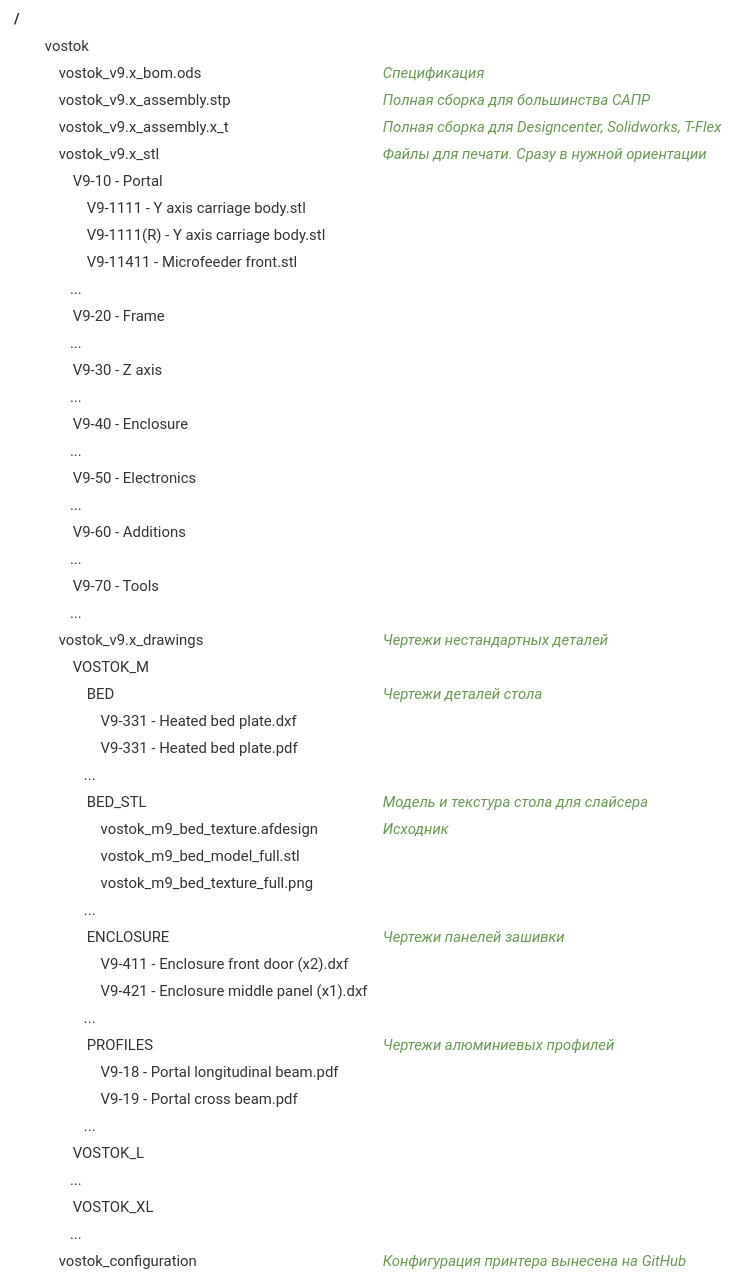
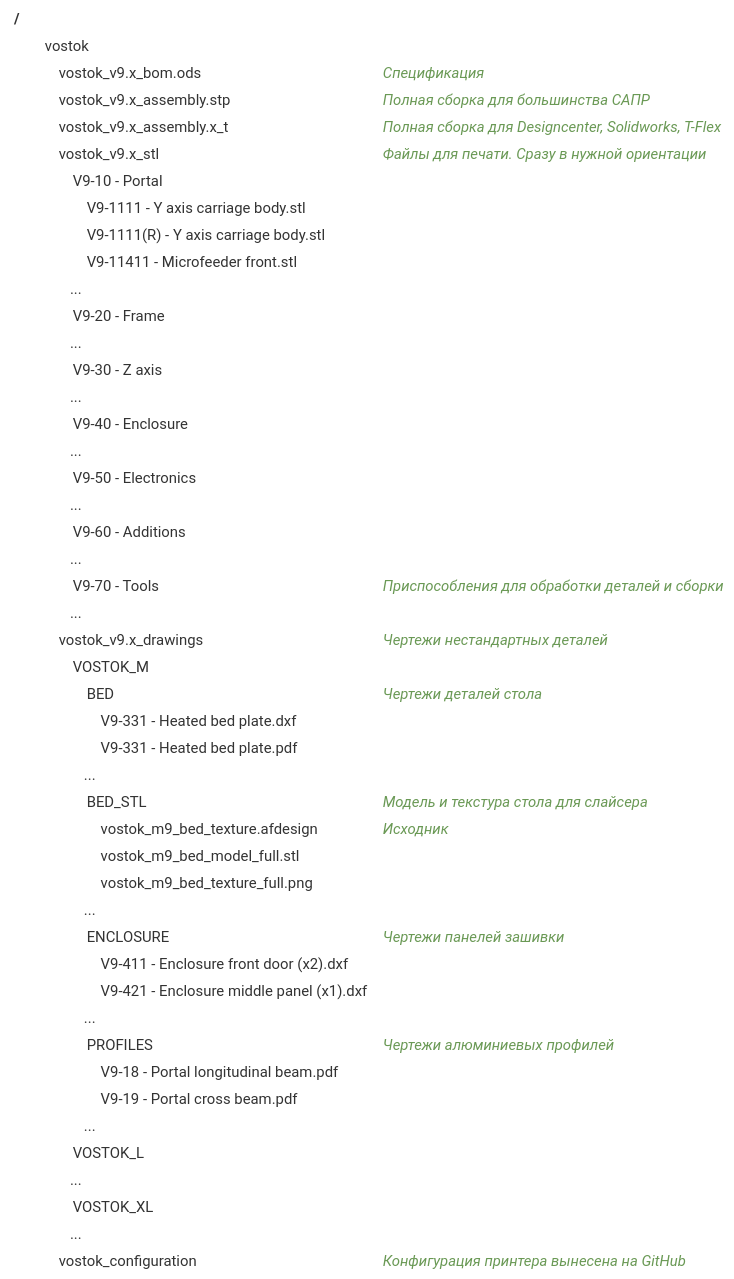
Before and after one commit to dmitry-sorkin/k3d-site: the first of 3 diagrams in docs/vostok/manual/prepare/start.md, drawn with Mermaid. The commit also changed 1 other file, not shown here.

Commit message:
vostok: add degree symbol in prepare/start, add printing_guide

````diff
--- a/docs/vostok/manual/prepare/start.md
+++ b/docs/vostok/manual/prepare/start.md
@@ -17,57 +17,57 @@
 ```mermaid
 ---
 config:
     treeView:
     themeVariables:
         treeView:
             labelColor: 'var(--md-mermaid-label-fg-color)'
             lineColor: 'var(--md-mermaid-label-fg-color)'
 ---
 treeView-beta
     "vostok" icon(mdi:folder)
         "vostok_v9.x_bom.ods" icon(mdi:table)  ## Спецификация
         "vostok_v9.x_assembly.stp" icon(mdi:cube) ## Полная сборка для большинства САПР
         "vostok_v9.x_assembly.x_t" icon(mdi:cube) ## Полная сборка для Designcenter, Solidworks, T-Flex
         "vostok_v9.x_stl" icon(mdi:folder) ## Файлы для печати. Сразу в нужной ориентации
             "V9-10 - Portal" icon(mdi:folder)
                   "V9-1111 - Y axis carriage body.stl" icon(mdi:file)
                   "V9-1111(R) - Y axis carriage body.stl" icon(mdi:file)
                   "V9-11411 - Microfeeder front.stl" icon(mdi:file)
                   "..."
             "V9-20 - Frame" icon(mdi:folder)
                   "..."
             "V9-30 - Z axis" icon(mdi:folder)
                   "..."
             "V9-40 - Enclosure" icon(mdi:folder)
                   "..."
             "V9-50 - Electronics" icon(mdi:folder)
                   "..."
             "V9-60 - Additions" icon(mdi:folder)
                   "..."
-            "V9-70 - Tools" icon(mdi:folder)
+            "V9-70 - Tools" icon(mdi:folder) ## Приспособления для обработки деталей и сборки
                   "..."
       "vostok_v9.x_drawings" icon(mdi:folder) ## Чертежи нестандартных деталей
             "VOSTOK_M" icon(mdi:folder)
                   "BED" icon(mdi:folder) ## Чертежи деталей стола
                         "V9-331 - Heated bed plate.dxf" icon(mdi:file-document)
                         "V9-331 - Heated bed plate.pdf" icon(mdi:file-document)
                         "..."
                   "BED_STL" icon(mdi:folder) ## Модель и текстура стола для слайсера
                         "vostok_m9_bed_texture.afdesign" icon(mdi:file-image) ## Исходник
                         "vostok_m9_bed_model_full.stl" icon(mdi:file)
                         "vostok_m9_bed_texture_full.png" icon(mdi:file-image)
                         "..."
                   "ENCLOSURE" icon(mdi:folder) ## Чертежи панелей зашивки
                         "V9-411 - Enclosure front door (x2).dxf" icon(mdi:file-document)
                         "V9-421 - Enclosure middle panel (x1).dxf" icon(mdi:file-document)
                         "..."
                   "PROFILES" icon(mdi:folder) ## Чертежи алюминиевых профилей
                         "V9-18 - Portal longitudinal beam.pdf" icon(mdi:file-document)
                         "V9-19 - Portal cross beam.pdf" icon(mdi:file-document)
                         "..."
             "VOSTOK_L" icon(mdi:folder)
                   ...
             "VOSTOK_XL" icon(mdi:folder)
                   ...
       "vostok_configuration" icon(mdi:github) ## Конфигурация принтера вынесена на GitHub
 ```
````
